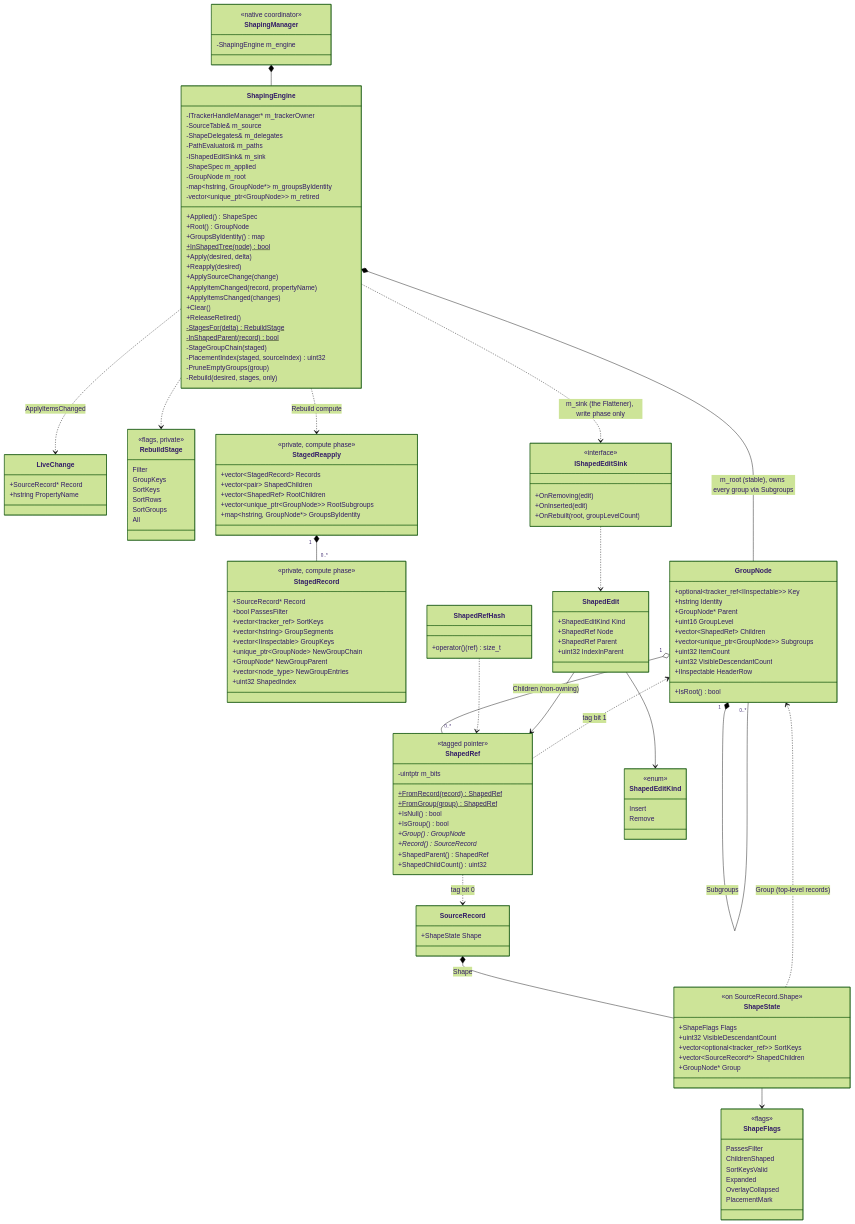
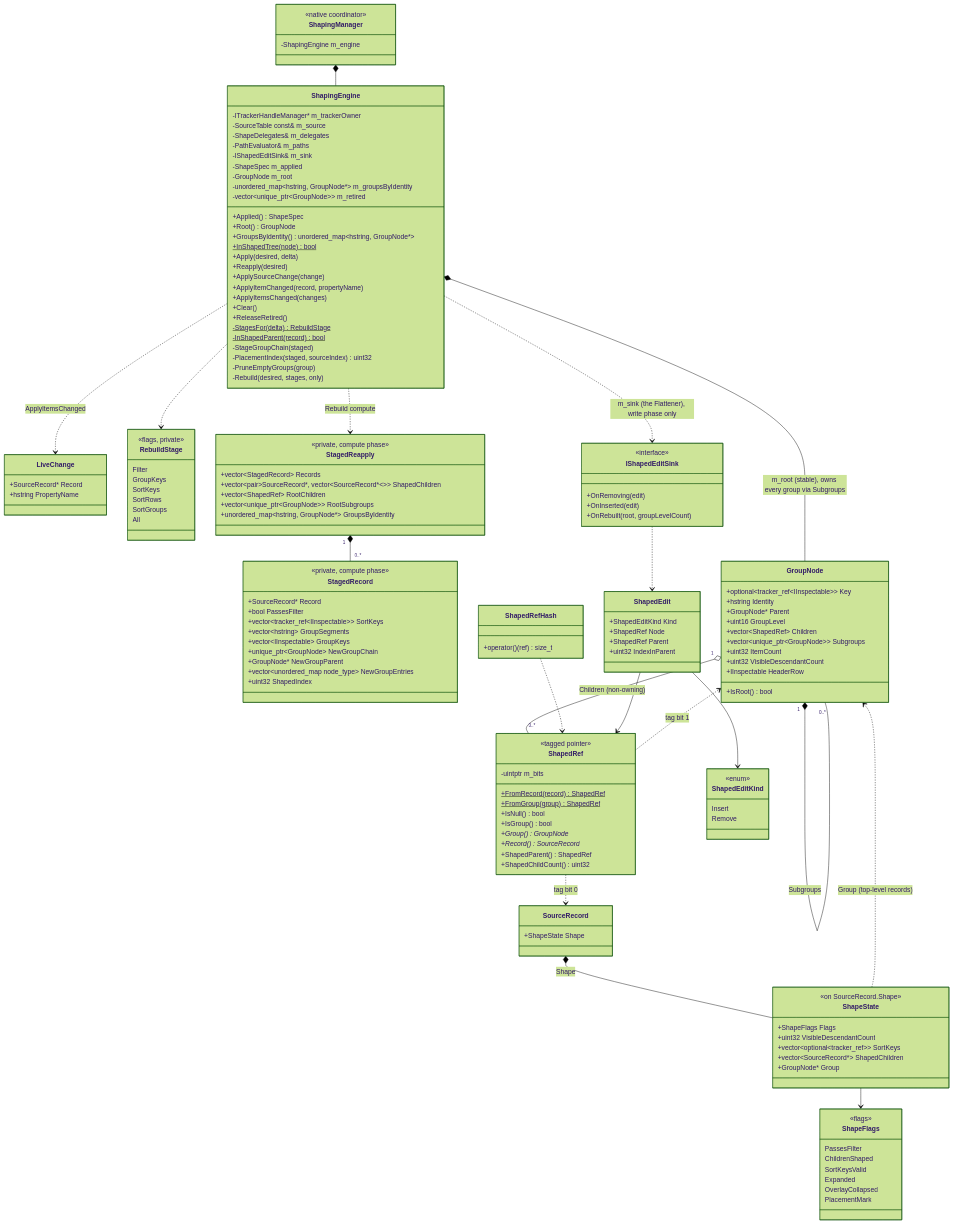
The third of 4 diagrams in docs/design-notes/TabularControls/Shaping-Architecture-Redesign.md (microsoft/microsoft-ui-xaml), drawn with Mermaid (forest theme) before and after one commit. The commit also changed other lines of this file, not shown here.

First line of the commit message:
Shaping spec: sync diagrams and code blocks with headers

```diff
--- a/docs/design-notes/TabularControls/Shaping-Architecture-Redesign.md
+++ b/docs/design-notes/TabularControls/Shaping-Architecture-Redesign.md
@@ -562,17 +581,17 @@
 
     class ShapingEngine {
         -ITrackerHandleManager* m_trackerOwner
-        -SourceTable& m_source
+        -SourceTable const& m_source
         -ShapeDelegates& m_delegates
         -PathEvaluator& m_paths
         -IShapedEditSink& m_sink
         -ShapeSpec m_applied
         -GroupNode m_root
-        -map~hstring, GroupNode*~ m_groupsByIdentity
+        -unordered_map~hstring, GroupNode*~ m_groupsByIdentity
         -vector~unique_ptr~GroupNode~~ m_retired
         +Applied() ShapeSpec
         +Root() GroupNode
-        +GroupsByIdentity() map
+        +GroupsByIdentity() unordered_map~hstring, GroupNode*~
         +InShapedTree(node)$ bool
         +Apply(desired, delta)
         +Reapply(desired)
@@ -608,22 +627,22 @@
         <<private, compute phase>>
         +SourceRecord* Record
         +bool PassesFilter
-        +vector~tracker_ref~ SortKeys
+        +vector~tracker_ref~IInspectable~~ SortKeys
         +vector~hstring~ GroupSegments
         +vector~IInspectable~ GroupKeys
         +unique_ptr~GroupNode~ NewGroupChain
         +GroupNode* NewGroupParent
-        +vector~node_type~ NewGroupEntries
+        +vector~unordered_map node_type~ NewGroupEntries
         +uint32 ShapedIndex
     }
 
     class StagedReapply {
         <<private, compute phase>>
         +vector~StagedRecord~ Records
-        +vector~pair~ ShapedChildren
+        +vector~pair~SourceRecord*, vector~SourceRecord*~~~ ShapedChildren
         +vector~ShapedRef~ RootChildren
         +vector~unique_ptr~GroupNode~~ RootSubgroups
-        +map~hstring, GroupNode*~ GroupsByIdentity
+        +unordered_map~hstring, GroupNode*~ GroupsByIdentity
     }
 
     class ShapedRef {
```
